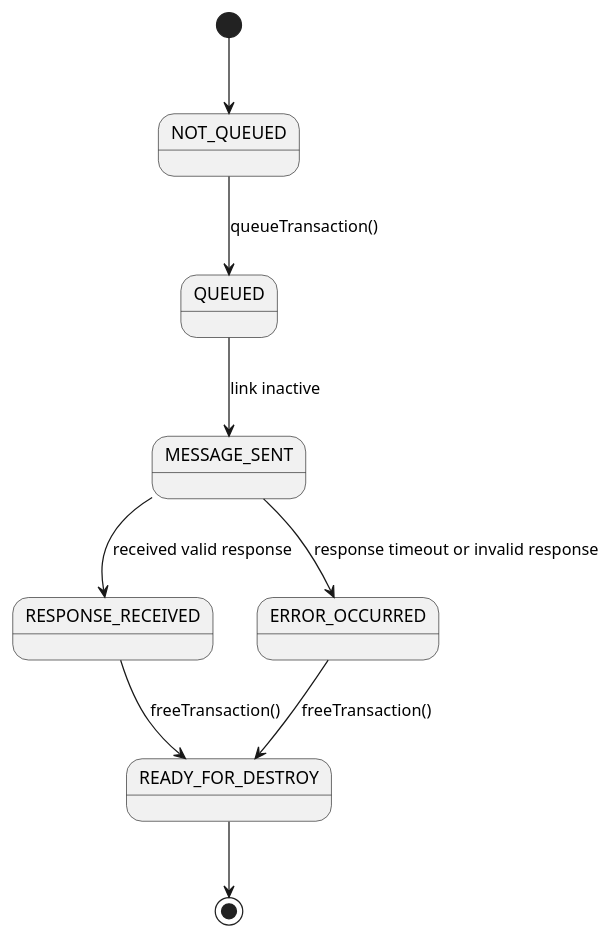
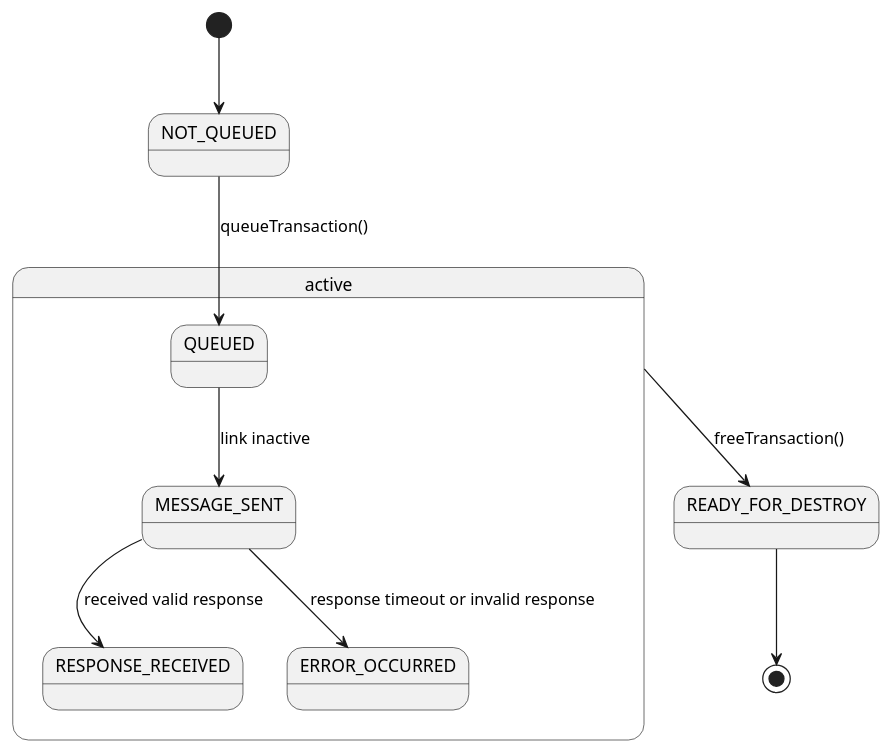
Before and after one commit to letscontrolit/ESPEasy: the diagram in misc/modbusFacility/Modbus_link_state.puml, drawn with PlantUML. The commit also changed 8 other files, not shown here.

```diff
--- a/misc/modbusFacility/Modbus_link_state.puml
+++ b/misc/modbusFacility/Modbus_link_state.puml
@@ -1,10 +1,11 @@
 @startuml
 [*] --> NOT_QUEUED
+state active {
 NOT_QUEUED --> QUEUED : queueTransaction()
 QUEUED --> MESSAGE_SENT : link inactive
 MESSAGE_SENT --> RESPONSE_RECEIVED : received valid response
 MESSAGE_SENT --> ERROR_OCCURRED : response timeout or invalid response
-RESPONSE_RECEIVED --> READY_FOR_DESTROY : freeTransaction()
-ERROR_OCCURRED --> READY_FOR_DESTROY : freeTransaction()
+}
+active -down-> READY_FOR_DESTROY : freeTransaction()
 READY_FOR_DESTROY --> [*]
 @enduml
```
